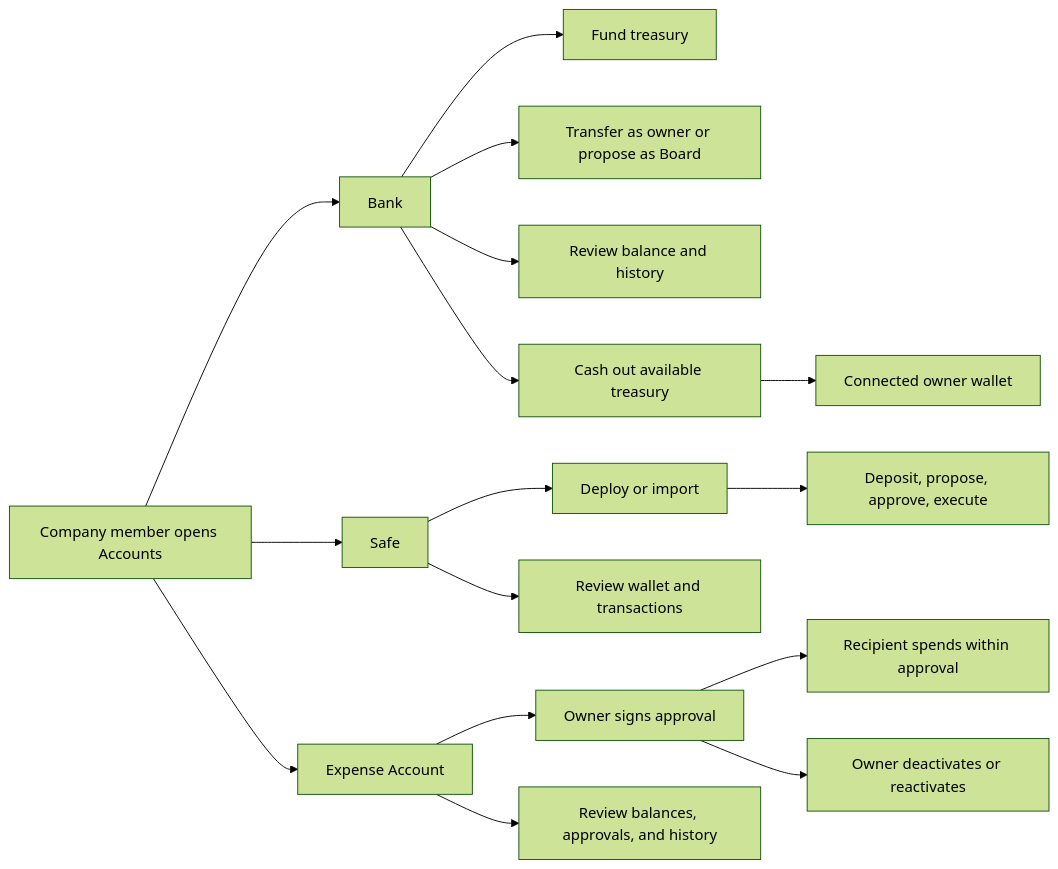
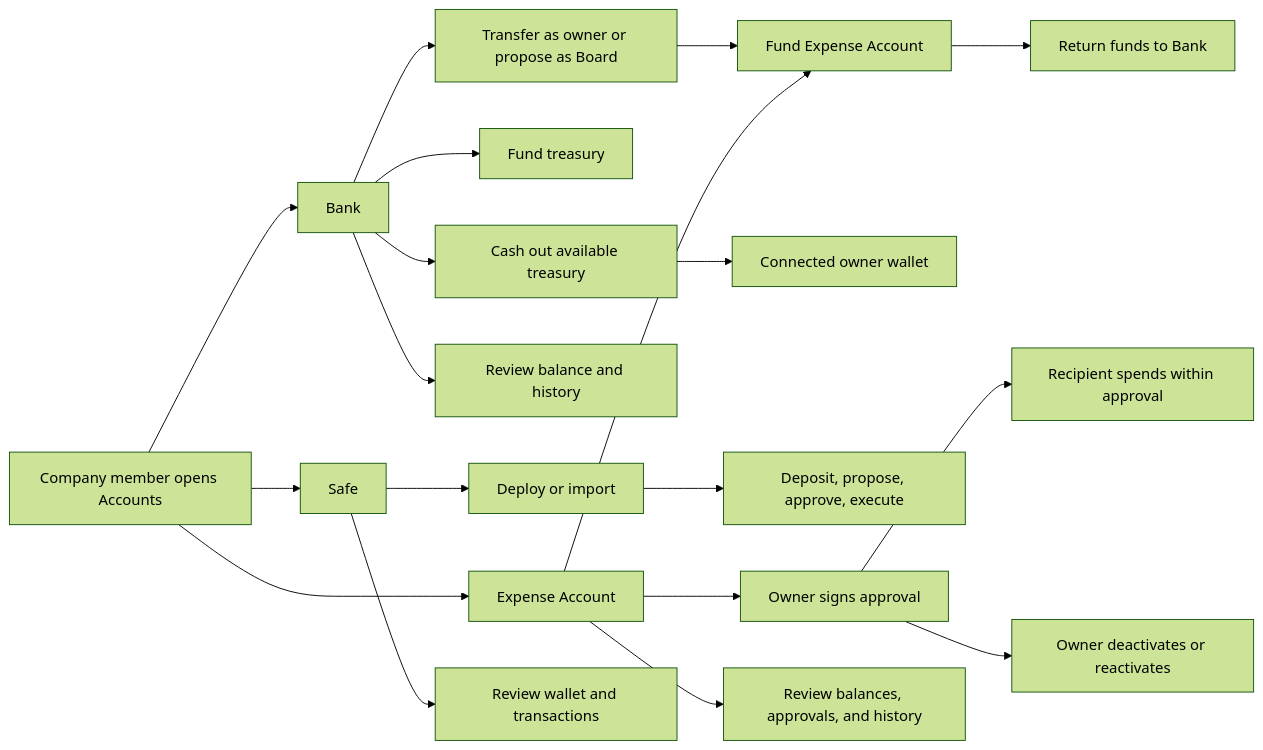
The diagram in docs/features/accounts/README.md (globe-and-citizen/cnc-portal), drawn with Mermaid (forest theme) before and after one commit. The commit also changed other lines of this file and 5 other files, not shown here.

````diff
--- a/docs/features/accounts/README.md
+++ b/docs/features/accounts/README.md
@@ -30,21 +32,24 @@
 ```mermaid
 flowchart LR
     Member[Company member opens Accounts] --> Bank[Bank]
     Member --> Safe[Safe]
     Member --> Expense[Expense Account]
 
     Bank --> FundBank[Fund treasury]
     Bank --> TransferBank[Transfer as owner or propose as Board]
+    TransferBank --> ExpenseFunding[Fund Expense Account]
     Bank --> ReviewBank[Review balance and history]
     Bank --> CashOut[Cash out available treasury]
     CashOut --> OwnerWallet[Connected owner wallet]
 
     Safe --> SetupSafe[Deploy or import]
     SetupSafe --> OperateSafe[Deposit, propose, approve, execute]
     Safe --> ReviewSafe[Review wallet and transactions]
 
     Expense --> Grant[Owner signs approval]
+    Expense --> ExpenseFunding
+    ExpenseFunding --> ReturnExpense[Return funds to Bank]
     Grant --> Spend[Recipient spends within approval]
     Grant --> Manage[Owner deactivates or reactivates]
     Expense --> ReviewExpense[Review balances, approvals, and history]
 ```
````
